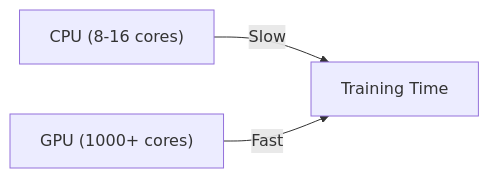
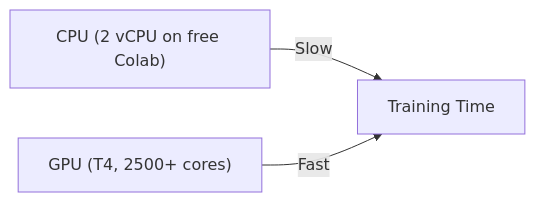
One commit to FortinetCloudCSE/genai-creator-lab2 changed the diagram in content/00introduction/preparation.md. Above: the diagram before and after it, drawn with Mermaid. The commit also changed other lines of this file and 34 other files, not shown here.

````diff
--- a/content/00introduction/preparation.md
+++ b/content/00introduction/preparation.md
@@ -64,5 +53,5 @@
 ```mermaid
 graph LR
-    CPU["CPU (8-16 cores)"] -->|Slow| Train[Training Time]
-    GPU["GPU (1000+ cores)"] -->|Fast| Train
+    CPU["CPU (2 vCPU on free Colab)"] -->|Slow| Train[Training Time]
+    GPU["GPU (T4, 2500+ cores)"] -->|Fast| Train
 ```
````
